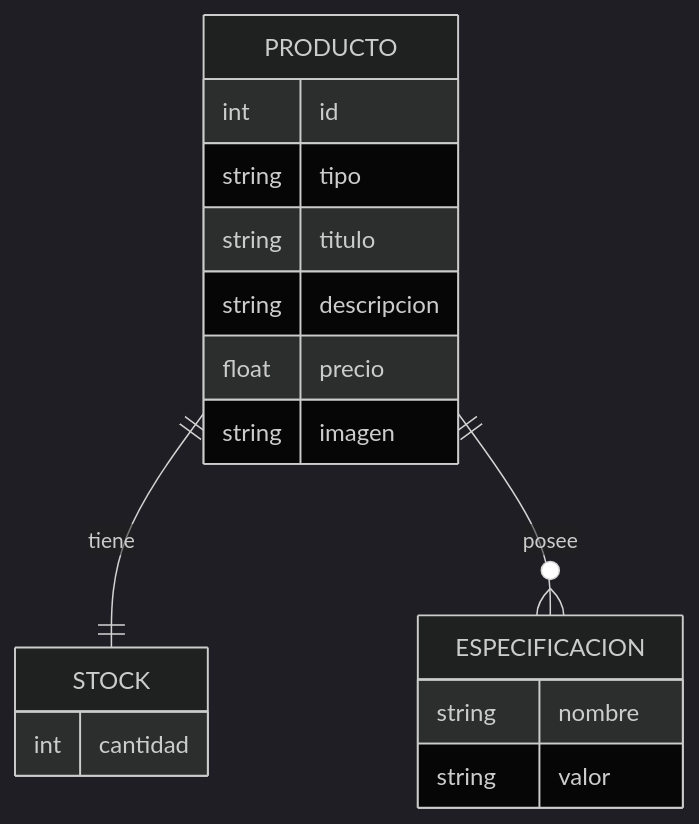
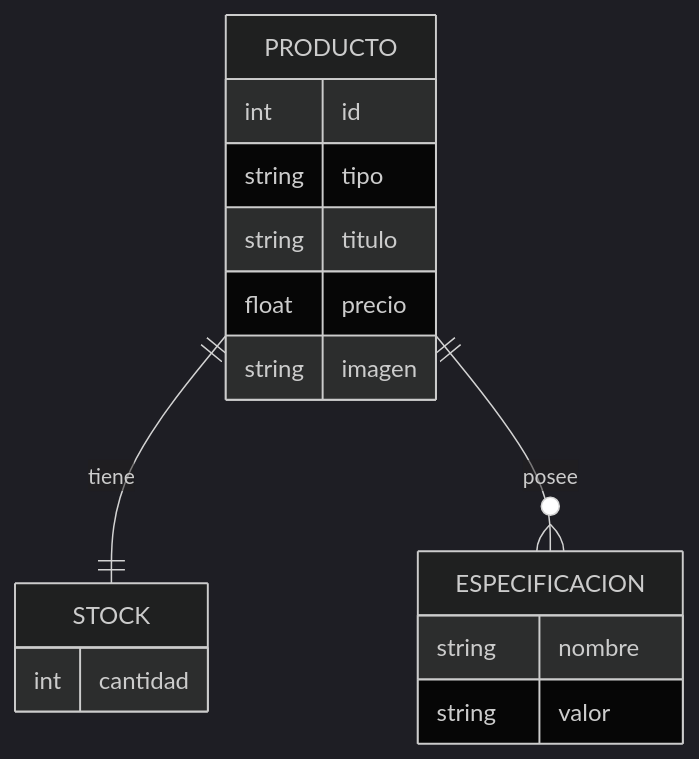
The first of 2 diagrams in README.md (cdmaidana/ReelFun), drawn with Mermaid (dark theme) before and after one commit. The commit also changed other lines of this file and 13 other files, not shown here.

````diff
--- a/README.md
+++ b/README.md
@@ -183,23 +100,22 @@
 ```mermaid
 erDiagram
     PRODUCTO {
         int id
         string tipo
         string titulo
-        string descripcion
         float precio
         string imagen
     }
 
     STOCK {
         int cantidad
     }
 
     ESPECIFICACION {
         string nombre
         string valor
     }
 
     PRODUCTO ||--|| STOCK : tiene
     PRODUCTO ||--o{ ESPECIFICACION : posee
 ```
````
